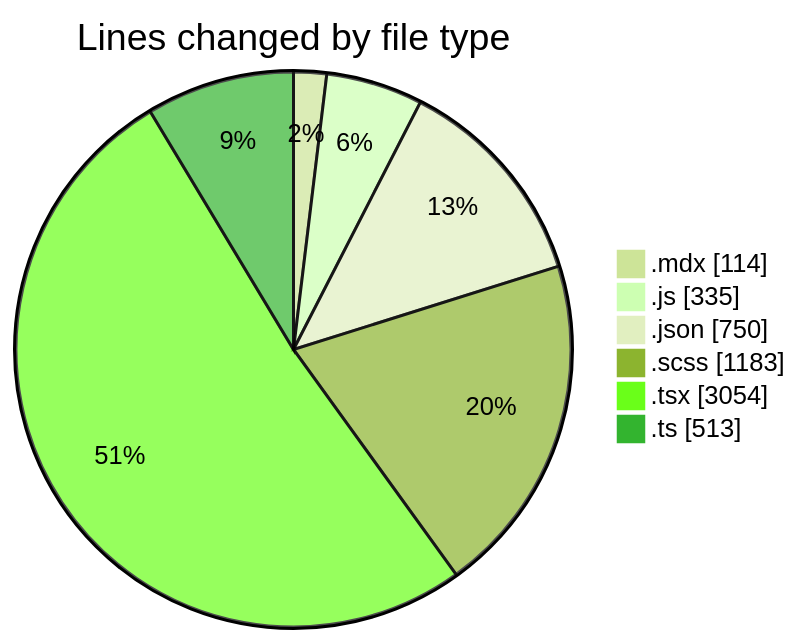
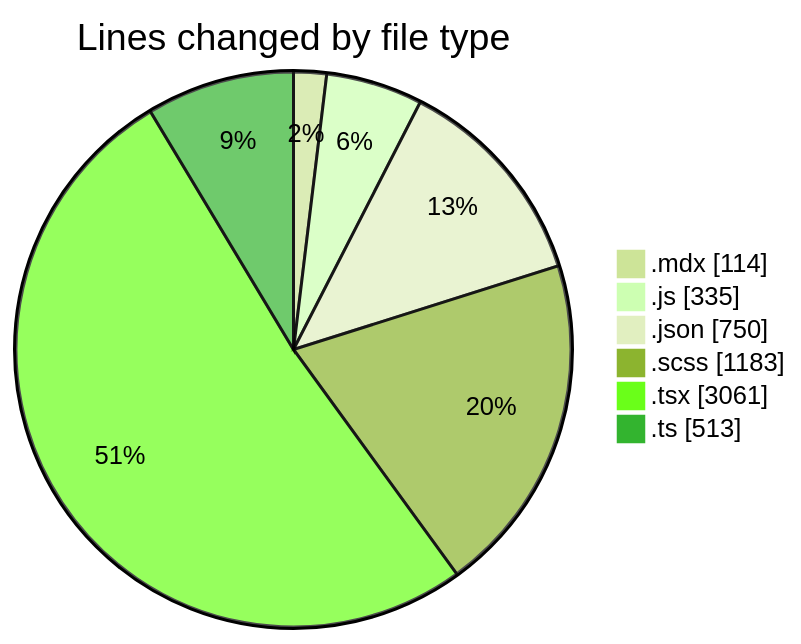
The first of 2 diagrams in 2026-08-13/cda/README.md (momahboobian/code-tracking), drawn with Mermaid (forest theme) before and after one commit. The commit also changed other lines of this file and 1 other file, not shown here.

````diff
--- a/2026-08-13/cda/README.md
+++ b/2026-08-13/cda/README.md
@@ -46,10 +46,10 @@
 ```mermaid
 pie showData
 title Lines changed by file type
 ".mdx" : 114
 ".js" : 335
 ".json" : 750
 ".scss" : 1183
-".tsx" : 3054
+".tsx" : 3061
 ".ts" : 513
 ```
````
